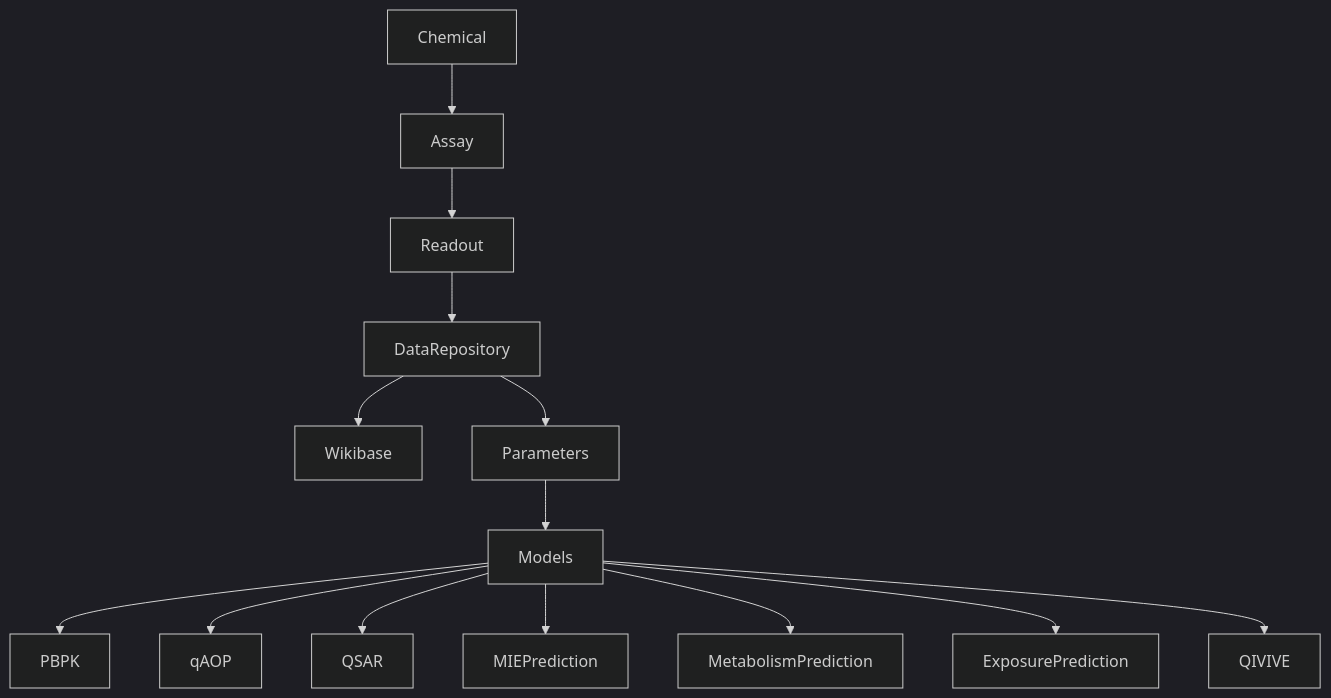
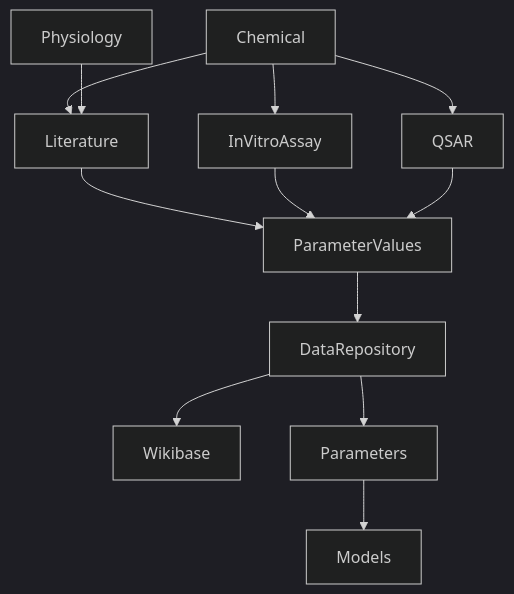
One commit to VHP4Safety/workflows changed the diagram in PhyschemProperties.md. Above: the diagram before and after it, drawn with Mermaid (dark theme).

````diff
--- a/PhyschemProperties.md
+++ b/PhyschemProperties.md
@@ -1,16 +1,14 @@
 ```mermaid
 graph TD
-  Chemical-->Assay
-  Assay-->Readout
-  Readout-->DataRepository
+  Chemical-->InVitroAssay
+  Chemical-->QSAR
+  Literature-->ParameterValues
+  InVitroAssay-->ParameterValues
+  Chemical-->Literature
+  QSAR-->ParameterValues
+  ParameterValues-->DataRepository
+  Physiology-->Literature
   DataRepository-->Wikibase
   DataRepository-->Parameters
   Parameters-->Models
-  Models-->PBPK
-  Models-->qAOP
-  Models-->QSAR
-  Models-->MIEPrediction
-  Models-->MetabolismPrediction
-  Models-->ExposurePrediction
-  Models-->QIVIVE
 ```
````
